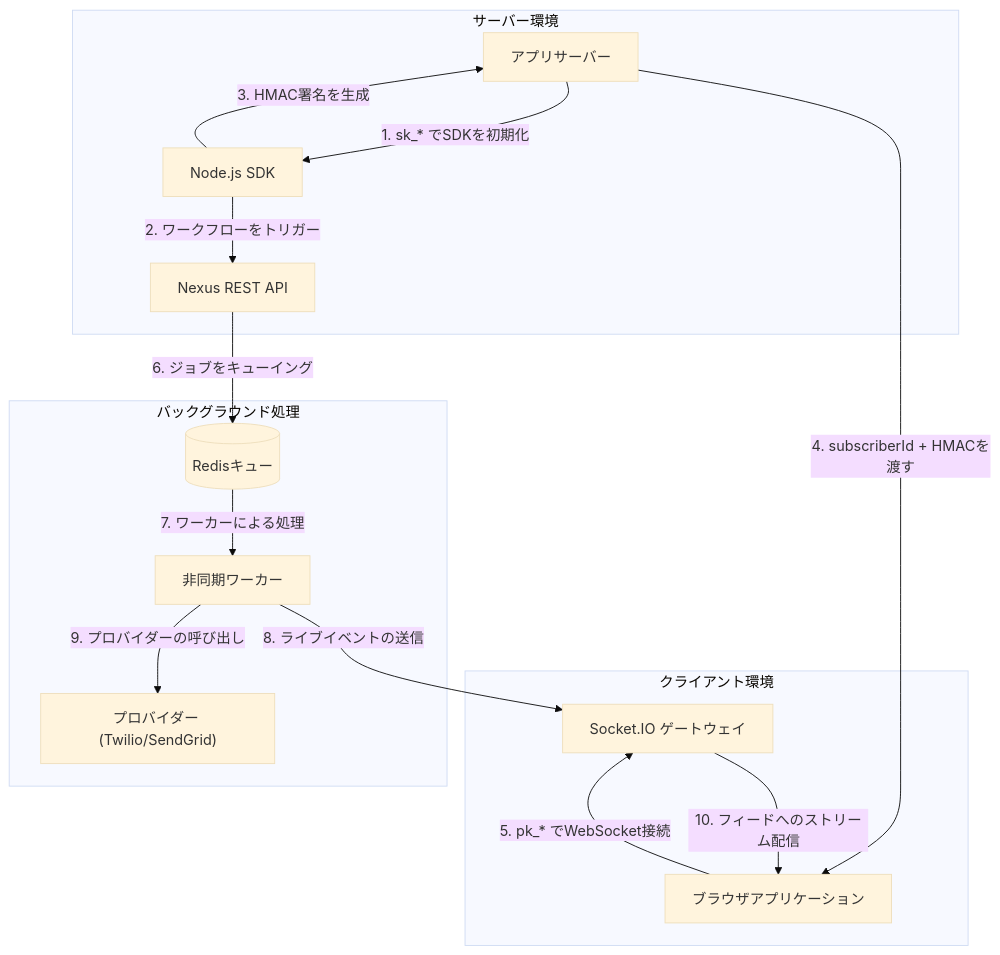
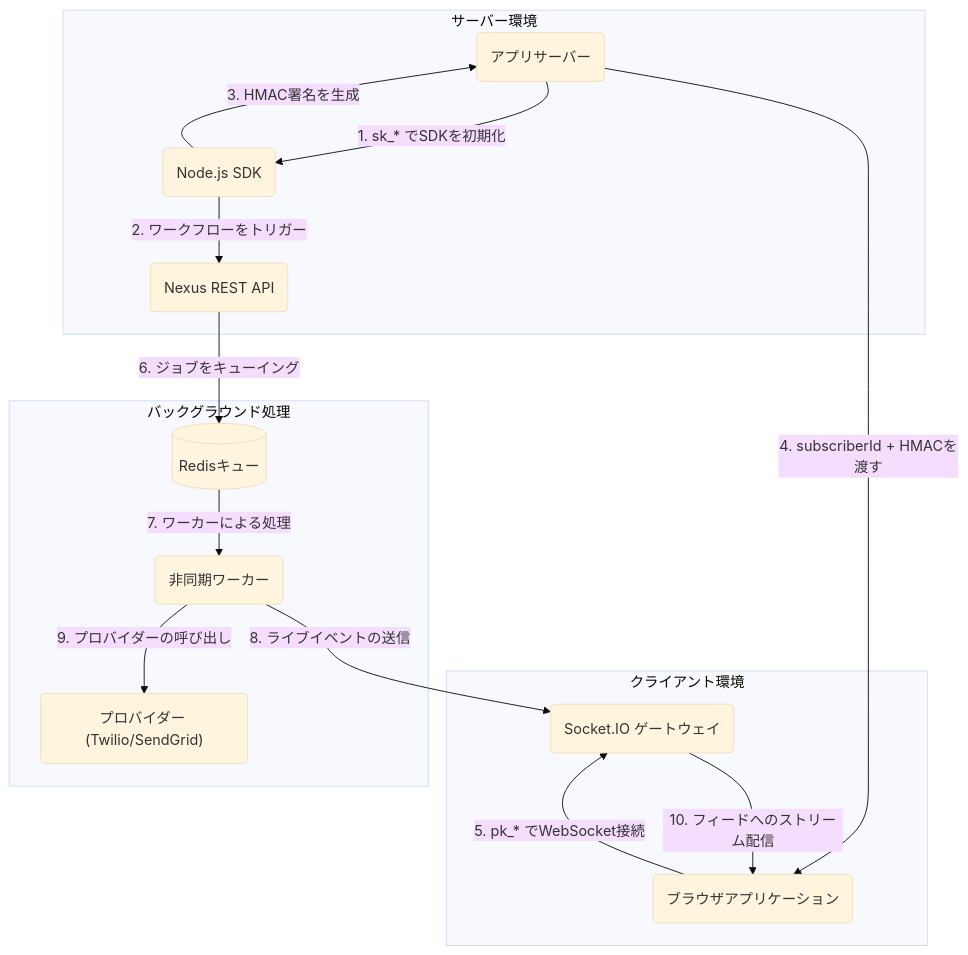
Before and after one commit to KriyanshKhunt/nexus_docs: the diagram in content/docs/ja/sdk/index.mdx, drawn with Mermaid (base theme). The commit also changed 20 other files, not shown here.

Commit message:
Handle ja Mermaid charts

````diff
--- a/content/docs/ja/sdk/index.mdx
+++ b/content/docs/ja/sdk/index.mdx
@@ -74,22 +74,22 @@
 ```mermaid
 flowchart TD
   subgraph Server Environment [サーバー環境]
-    App[アプリサーバー] -->|1. sk_* でSDKを初期化| SDK[Node.js SDK]
-    SDK -->|2. ワークフローをトリガー| API[Nexus REST API]
+    App(アプリサーバー) -->|1. sk_* でSDKを初期化| SDK(Node.js SDK)
+    SDK -->|2. ワークフローをトリガー| API(Nexus REST API)
     SDK -->|3. HMAC署名を生成| App
   end
 
   subgraph Client Environment [クライアント環境]
-    App -->|4. subscriberId + HMACを渡す| FE[ブラウザアプリケーション]
-    FE -->|5. pk_* でWebSocket接続| WebHost[Socket.IO ゲートウェイ]
+    App -->|4. subscriberId + HMACを渡す| FE(ブラウザアプリケーション)
+    FE -->|5. pk_* でWebSocket接続| WebHost(Socket.IO ゲートウェイ)
   end
 
   subgraph Background Processing [バックグラウンド処理]
     API -->|6. ジョブをキューイング| Q[(Redisキュー)]
-    Q -->|7. ワーカーによる処理| Workers[非同期ワーカー]
+    Q -->|7. ワーカーによる処理| Workers(非同期ワーカー)
     Workers -->|8. ライブイベントの送信| WebHost
-    Workers -->|9. プロバイダーの呼び出し| Carriers["プロバイダー (Twilio/SendGrid)"]
+    Workers -->|9. プロバイダーの呼び出し| Carriers("プロバイダー (Twilio/SendGrid)")
   end
 
   WebHost -->|10. フィードへのストリーム配信| FE
 ```
````
